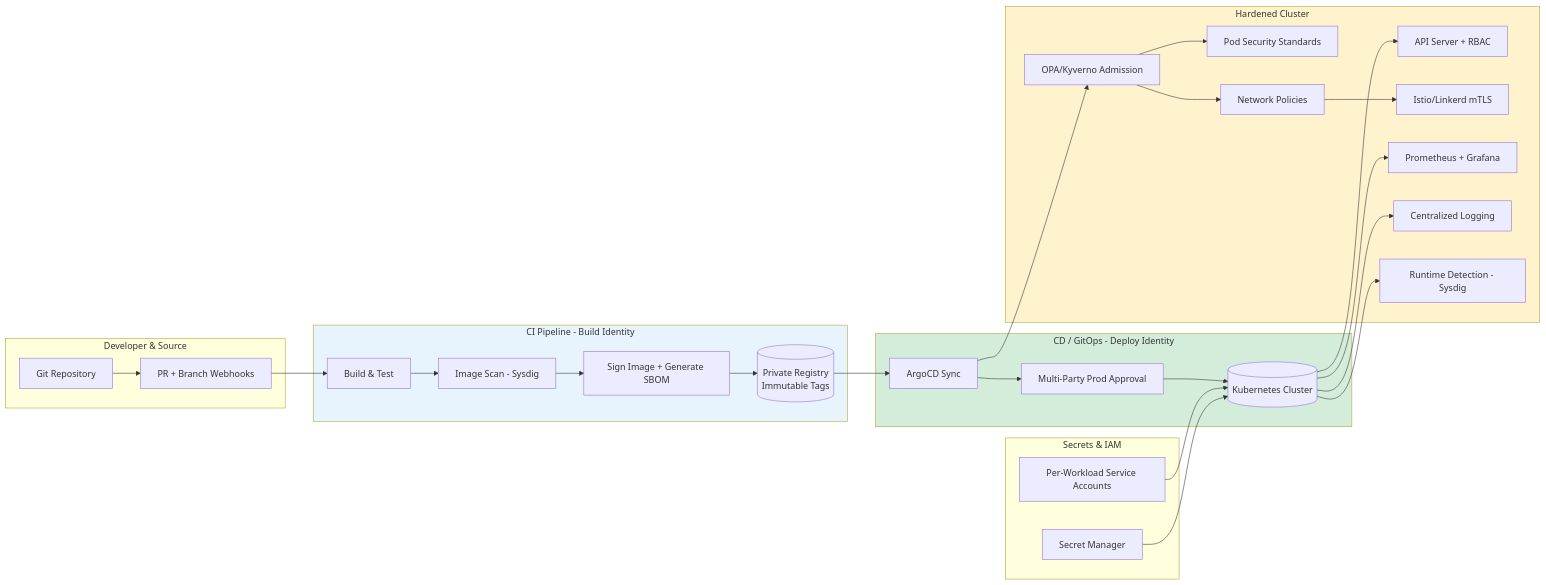
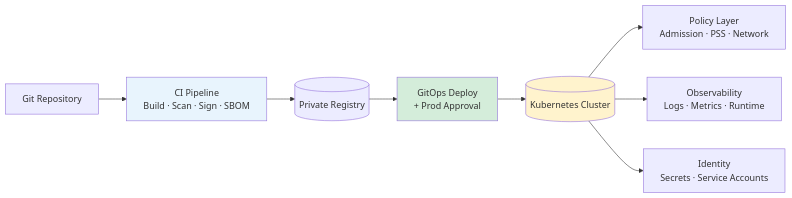
Before and after one commit to corrupted-brain/blog: the second of 5 diagrams in _posts/2026-07-21-container-security-hardening-guide.md, drawn with Mermaid. The commit also changed other lines of this file, not shown here.

````diff
--- a/_posts/2026-07-21-container-security-hardening-guide.md
+++ b/_posts/2026-07-21-container-security-hardening-guide.md
@@ -97,51 +97,13 @@
 ```mermaid
 flowchart LR
-    subgraph Dev["Developer & Source"]
-        Git[Git Repository]
-        PR[PR + Branch Webhooks]
-    end
-
-    subgraph CI["CI Pipeline - Build Identity"]
-        Build[Build & Test]
-        Scan[Image Scan - Sysdig]
-        Sign[Sign Image + Generate SBOM]
-        Registry[(Private Registry<br/>Immutable Tags)]
-    end
-
-    subgraph CD["CD / GitOps - Deploy Identity"]
-        Argo[ArgoCD Sync]
-        Approve[Multi-Party Prod Approval]
-        K8s[(Kubernetes Cluster)]
-    end
-
-    subgraph Cluster["Hardened Cluster"]
-        API[API Server + RBAC]
-        Admit[OPA/Kyverno Admission]
-        PSS[Pod Security Standards]
-        NP[Network Policies]
-        Mesh[Istio/Linkerd mTLS]
-        Prom[Prometheus + Grafana]
-        Logs[Centralized Logging]
-        RT[Runtime Detection - Sysdig]
-    end
-
-    subgraph Secrets["Secrets & IAM"]
-        SM[Secret Manager]
-        SA[Per-Workload Service Accounts]
-    end
-
-    Git --> PR --> Build --> Scan --> Sign --> Registry
-    Registry --> Argo --> Approve --> K8s
-    Argo --> Admit --> PSS
-    K8s --> API
-    Admit --> NP --> Mesh
-    SA --> K8s
-    SM --> K8s
-    K8s --> Prom
-    K8s --> Logs
-    K8s --> RT
-
+    Git[Git Repository] --> CI[CI Pipeline<br/>Build · Scan · Sign · SBOM]
+    CI --> Reg[(Private Registry)]
+    Reg --> CD[GitOps Deploy<br/>+ Prod Approval]
+    CD --> K8s[(Kubernetes Cluster)]
+    K8s --> Policy[Policy Layer<br/>Admission · PSS · Network]
+    K8s --> Observe[Observability<br/>Logs · Metrics · Runtime]
+    K8s --> Identity[Identity<br/>Secrets · Service Accounts]
     style CI fill:#e8f4fd
     style CD fill:#d4edda
-    style Cluster fill:#fff3cd
+    style K8s fill:#fff3cd
 ```
````
